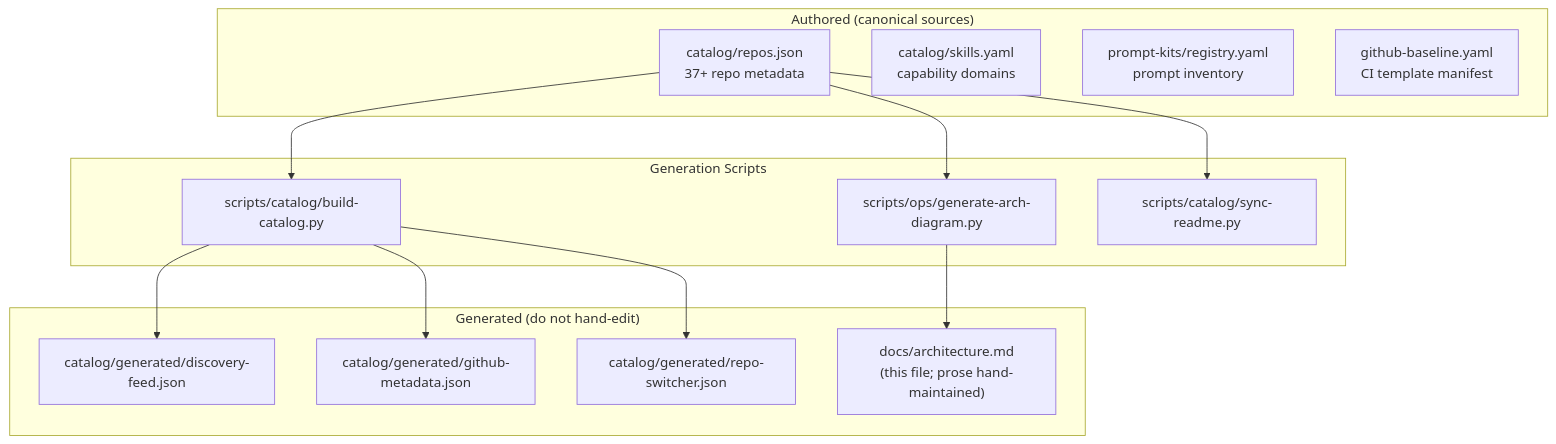
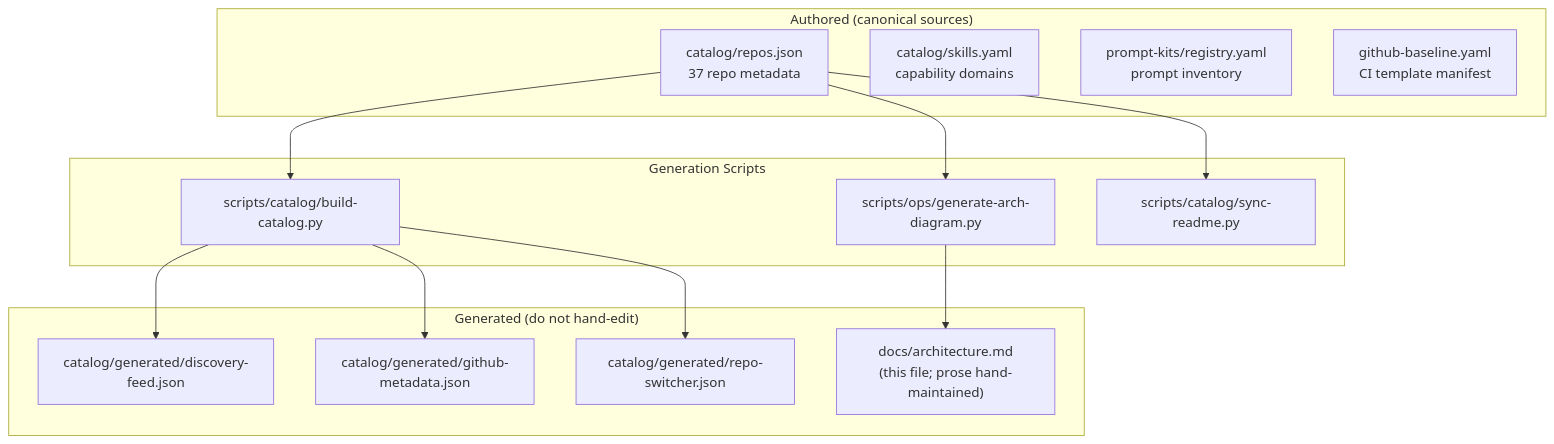
Before and after one commit to alawein/alawein: the fifth of 6 diagrams in docs/architecture.md, drawn with Mermaid. The commit also changed other lines of this file and 31 other files, not shown here.

````diff
--- a/docs/architecture.md
+++ b/docs/architecture.md
@@ -151,26 +160,26 @@
 ```mermaid
 graph TD
   subgraph authored["Authored (canonical sources)"]
-    repos_json["catalog/repos.json\n37+ repo metadata"]
+    repos_json["catalog/repos.json\n37 repo metadata"]
     skills_yaml["catalog/skills.yaml\ncapability domains"]
     pk_registry["prompt-kits/registry.yaml\nprompt inventory"]
     baseline["github-baseline.yaml\nCI template manifest"]
   end
 
   subgraph generated["Generated (do not hand-edit)"]
     disc["catalog/generated/discovery-feed.json"]
     gh_meta["catalog/generated/github-metadata.json"]
     switcher["catalog/generated/repo-switcher.json"]
     arch_md["docs/architecture.md\n(this file; prose hand-maintained)"]
   end
 
   subgraph scripts["Generation Scripts"]
     build_cat["scripts/catalog/build-catalog.py"]
     gen_arch["scripts/ops/generate-arch-diagram.py"]
     sync_readme["scripts/catalog/sync-readme.py"]
   end
 
   repos_json --> build_cat --> disc & gh_meta & switcher
   repos_json --> gen_arch --> arch_md
   repos_json --> sync_readme
 ```
````
